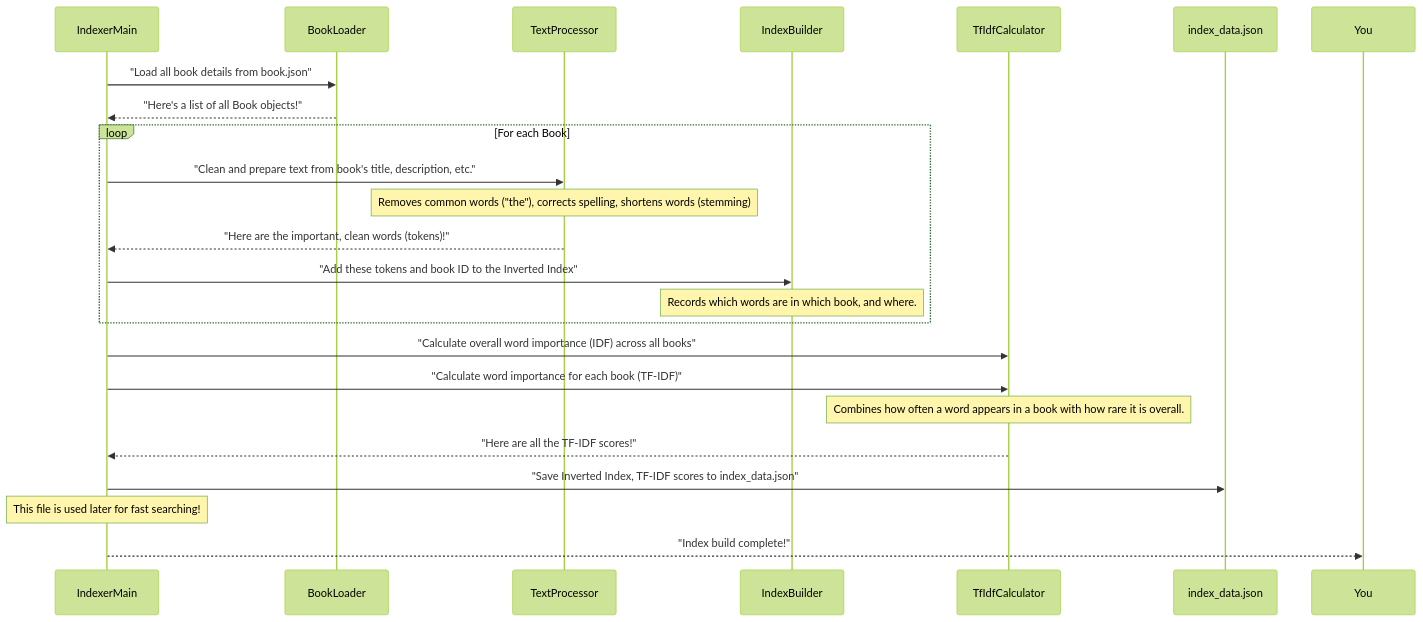
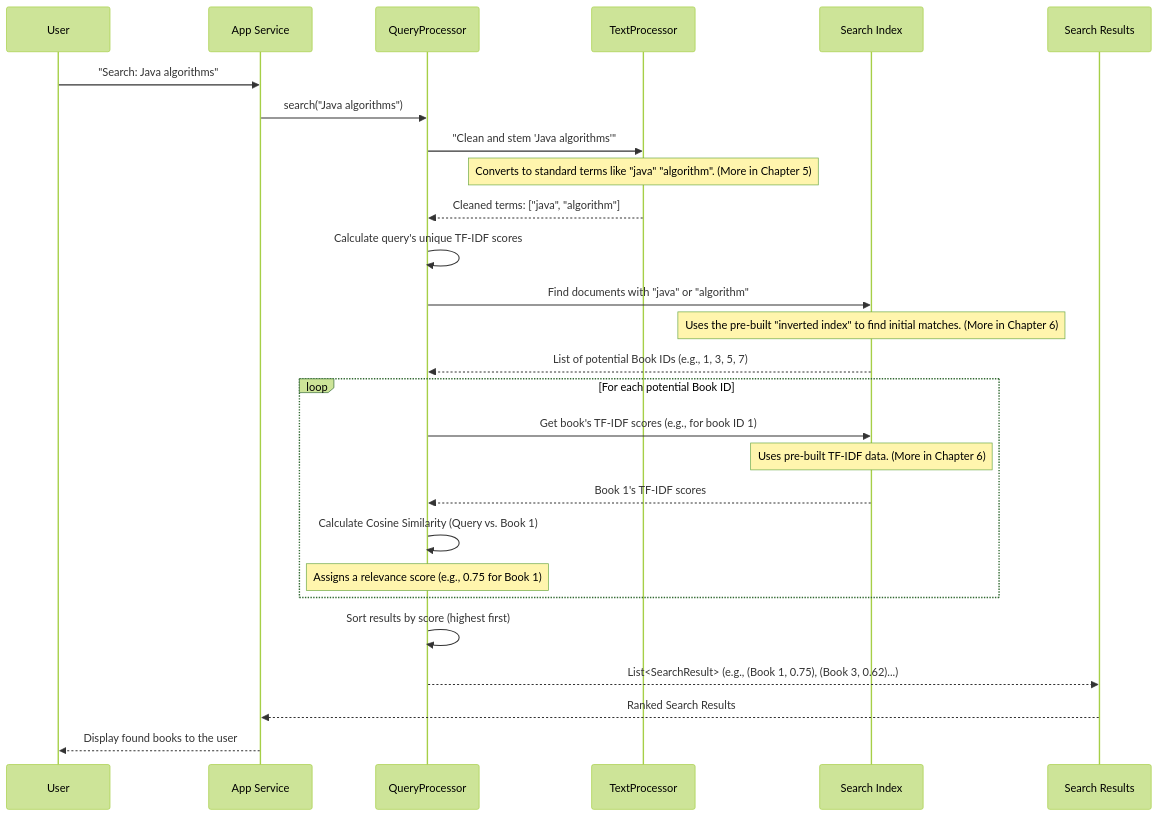
One commit to qasimio/DevShelf changed the diagram in documentation/Chapter 4 Search Index Management.md. Above: the diagram before and after it, drawn with Mermaid (forest theme). The commit also changed other lines of this file, not shown here.

First line of the commit message:
Revise Chapter 4 on Search Index Management

````diff
--- a/documentation/Chapter 4 Search Index Management.md
+++ b/documentation/Chapter 4 Search Index Management.md
@@ -113,26 +99,30 @@
 ```mermaid
 sequenceDiagram
-    participant IndexerMain
-    participant BookLoader
+    participant User
+    participant App Service
+    participant QueryProcessor
     participant TextProcessor
-    participant IndexBuilder
-    participant TfIdfCalculator
-    participant index_data.json
+    participant Search Index
+    participant Search Results
 
-    IndexerMain->>BookLoader: "Load all book details from book.json"
-    BookLoader-->>IndexerMain: "Here's a list of all Book objects!"
-    loop For each Book
-        IndexerMain->>TextProcessor: "Clean and prepare text from book's title, description, etc."
-        Note over TextProcessor: Removes common words ("the"), corrects spelling, shortens words (stemming)
-        TextProcessor-->>IndexerMain: "Here are the important, clean words (tokens)!"
-        IndexerMain->>IndexBuilder: "Add these tokens and book ID to the Inverted Index"
-        Note over IndexBuilder: Records which words are in which book, and where.
+    User->>App Service: "Search: Java algorithms"
+    App Service->>QueryProcessor: search("Java algorithms")
+    QueryProcessor->>TextProcessor: "Clean and stem 'Java algorithms'"
+    Note over TextProcessor: Converts to standard terms like "java" "algorithm". (More in Chapter 5)
+    TextProcessor-->>QueryProcessor: Cleaned terms: ["java", "algorithm"]
+    QueryProcessor->>QueryProcessor: Calculate query's unique TF-IDF scores
+    QueryProcessor->>Search Index: Find documents with "java" or "algorithm"
+    Note over Search Index: Uses the pre-built "inverted index" to find initial matches. (More in Chapter 6)
+    Search Index-->>QueryProcessor: List of potential Book IDs (e.g., 1, 3, 5, 7)
+    loop For each potential Book ID
+        QueryProcessor->>Search Index: Get book's TF-IDF scores (e.g., for book ID 1)
+        Note over Search Index: Uses pre-built TF-IDF data. (More in Chapter 6)
+        Search Index-->>QueryProcessor: Book 1's TF-IDF scores
+        QueryProcessor->>QueryProcessor: Calculate Cosine Similarity (Query vs. Book 1)
+        Note over QueryProcessor: Assigns a relevance score (e.g., 0.75 for Book 1)
     end
-    IndexerMain->>TfIdfCalculator: "Calculate overall word importance (IDF) across all books"
-    IndexerMain->>TfIdfCalculator: "Calculate word importance for each book (TF-IDF)"
-    Note over TfIdfCalculator: Combines how often a word appears in a book with how rare it is overall.
-    TfIdfCalculator-->>IndexerMain: "Here are all the TF-IDF scores!"
-    IndexerMain->>index_data.json: "Save Inverted Index, TF-IDF scores to index_data.json"
-    Note over IndexerMain: This file is used later for fast searching!
-    IndexerMain-->>You: "Index build complete!"
+    QueryProcessor->>QueryProcessor: Sort results by score (highest first)
+    QueryProcessor-->>Search Results: List<SearchResult> (e.g., (Book 1, 0.75), (Book 3, 0.62)...)
+    Search Results-->>App Service: Ranked Search Results
+    App Service-->>User: Display found books to the user
 ```
````
